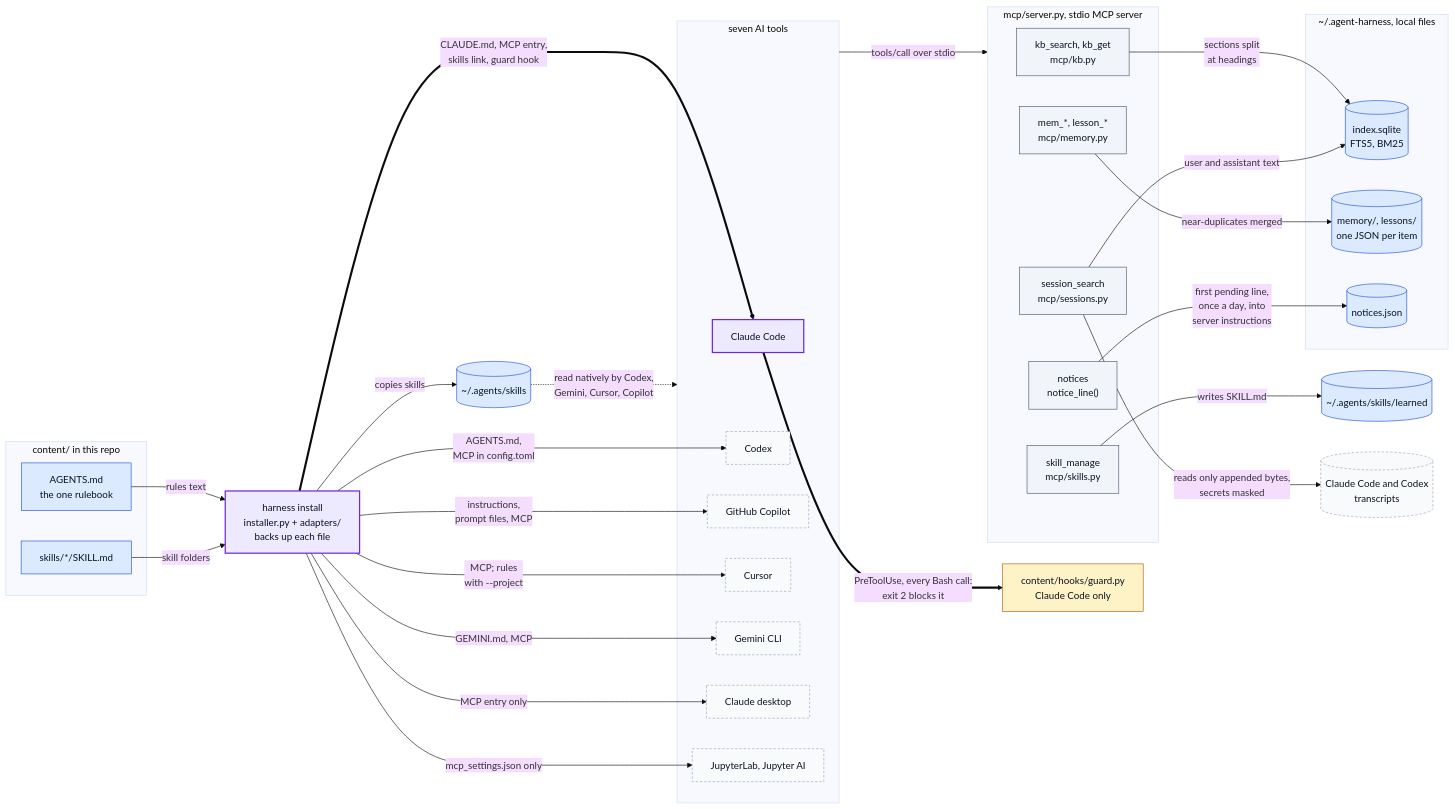
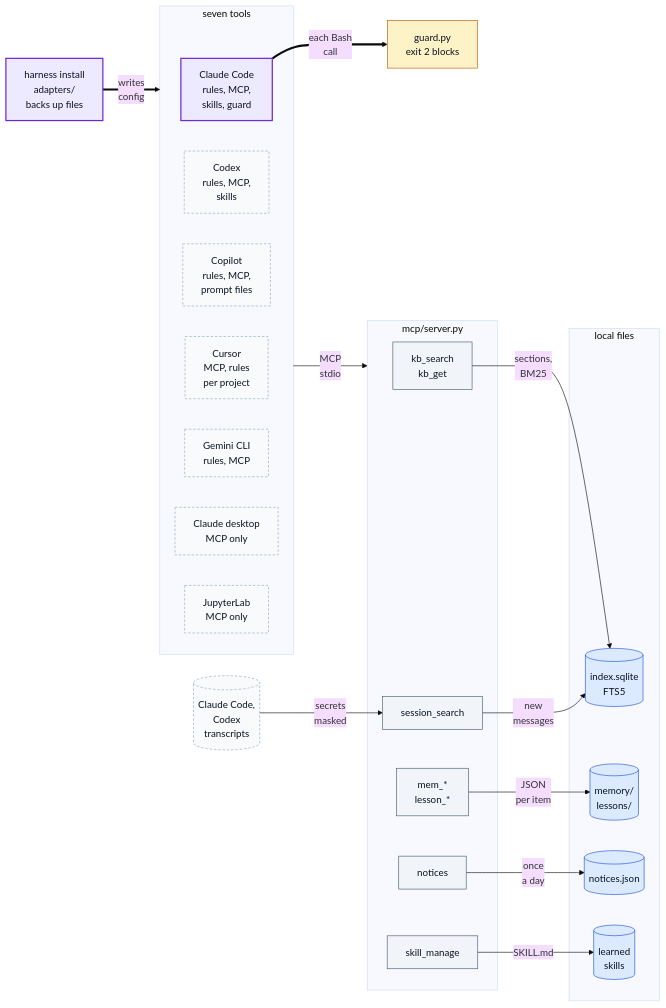
Before and after one commit to hihihhi/agent-harness: the first of 3 diagrams in README.md, drawn with Mermaid (base theme). The commit also changed other lines of this file and 1 other file, not shown here.

First line of the commit message:
docs: narrow the diagrams to GitHub's README column

````diff
--- a/README.md
+++ b/README.md
@@ -12,66 +13,50 @@
 ```mermaid
 flowchart LR
-    subgraph src["content/ in this repo"]
-        RULES["AGENTS.md<br/>the one rulebook"]
-        SKILLS["skills/*/SKILL.md"]
+    INSTALL["harness install<br/>adapters/<br/>backs up files"]
+    subgraph tools["seven tools"]
+        CC["Claude Code<br/>rules, MCP,<br/>skills, guard"]
+        CX["Codex<br/>rules, MCP,<br/>skills"]
+        CP["Copilot<br/>rules, MCP,<br/>prompt files"]
+        CU["Cursor<br/>MCP, rules<br/>per project"]
+        GM["Gemini CLI<br/>rules, MCP"]
+        CD["Claude desktop<br/>MCP only"]
+        JP["JupyterLab<br/>MCP only"]
     end
-    INSTALL["harness install<br/>installer.py + adapters/<br/>backs up each file"]
-    AGS[("~/.agents/skills")]
-    subgraph tools["seven AI tools"]
-        CC["Claude Code"]
-        CX["Codex"]
-        CP["GitHub Copilot"]
-        CU["Cursor"]
-        GM["Gemini CLI"]
-        CD["Claude desktop"]
-        JP["JupyterLab, Jupyter AI"]
+    GUARD["guard.py<br/>exit 2 blocks"]
+    subgraph srv["mcp/server.py"]
+        KB["kb_search<br/>kb_get"]
+        SS["session_search"]
+        MEM["mem_*<br/>lesson_*"]
+        NT["notices"]
+        SM["skill_manage"]
     end
-    GUARD["content/hooks/guard.py<br/>Claude Code only"]
-    subgraph mcp["mcp/server.py, stdio MCP server"]
-        KB["kb_search, kb_get<br/>mcp/kb.py"]
-        SS["session_search<br/>mcp/sessions.py"]
-        MEM["mem_*, lesson_*<br/>mcp/memory.py"]
-        NT["notices<br/>notice_line()"]
-        SM["skill_manage<br/>mcp/skills.py"]
+    subgraph store["local files"]
+        IDX[("index.sqlite<br/>FTS5")]
+        MJ[("memory/<br/>lessons/")]
+        NJ[("notices.json")]
+        LRN[("learned<br/>skills")]
     end
-    subgraph store["~/.agent-harness, local files"]
-        IDX[("index.sqlite<br/>FTS5, BM25")]
-        MJ[("memory/, lessons/<br/>one JSON per item")]
-        NJ[("notices.json")]
-    end
-    LRN[("~/.agents/skills/learned")]
-    TR[("Claude Code and Codex<br/>transcripts")]
+    TR[("Claude Code,<br/>Codex<br/>transcripts")]
 
-    RULES -- "rules text" --> INSTALL
-    SKILLS -- "skill folders" --> INSTALL
-    INSTALL == "CLAUDE.md, MCP entry,<br/>skills link, guard hook" ==> CC
-    INSTALL -- "AGENTS.md,<br/>MCP in config.toml" --> CX
-    INSTALL -- "instructions,<br/>prompt files, MCP" --> CP
-    INSTALL -- "MCP; rules<br/>with --project" --> CU
-    INSTALL -- "GEMINI.md, MCP" --> GM
-    INSTALL -- "MCP entry only" --> CD
-    INSTALL -- "mcp_settings.json only" --> JP
-    INSTALL -- "copies skills" --> AGS
-    AGS -. "read natively by Codex,<br/>Gemini, Cursor, Copilot" .-> tools
-    CC == "PreToolUse, every Bash call:<br/>exit 2 blocks it" ==> GUARD
-    tools -- "tools/call over stdio" --> mcp
-    KB -- "sections split<br/>at headings" --> IDX
-    SS -- "reads only appended bytes,<br/>secrets masked" --> TR
-    SS -- "user and assistant text" --> IDX
-    MEM -- "near-duplicates merged" --> MJ
-    SM -- "writes SKILL.md" --> LRN
-    NT -- "first pending line,<br/>once a day, into<br/>server instructions" --> NJ
+    INSTALL == "writes<br/>config" ==> tools
+    CC == "each Bash<br/>call" ==> GUARD
+    tools -- "MCP<br/>stdio" --> srv
+    KB -- "sections,<br/>BM25" --> IDX
+    SS -- "new<br/>messages" --> IDX
+    TR -- "secrets<br/>masked" --> SS
+    MEM -- "JSON<br/>per item" --> MJ
+    NT -- "once<br/>a day" --> NJ
+    SM -- "SKILL.md" --> LRN
 
     classDef data fill:#dbeafe,stroke:#1d4ed8,color:#0b1220
     classDef step fill:#f1f5f9,stroke:#475569,color:#0b1220
     classDef gate fill:#fef3c7,stroke:#b45309,color:#0b1220
     classDef ext  fill:#f8fafc,stroke:#94a3b8,color:#0b1220,stroke-dasharray:4 3
     classDef key  fill:#ede9fe,stroke:#6d28d9,color:#0b1220,stroke-width:2px
-    class RULES,SKILLS data
-    class AGS,IDX,MJ,NJ,LRN data
+    class IDX,MJ,NJ,LRN data
     class KB,MEM,SS,SM,NT step
     class CX,CP,CU,GM,CD,JP ext
     class TR ext
     class INSTALL,CC key
     class GUARD gate
 ```
````
